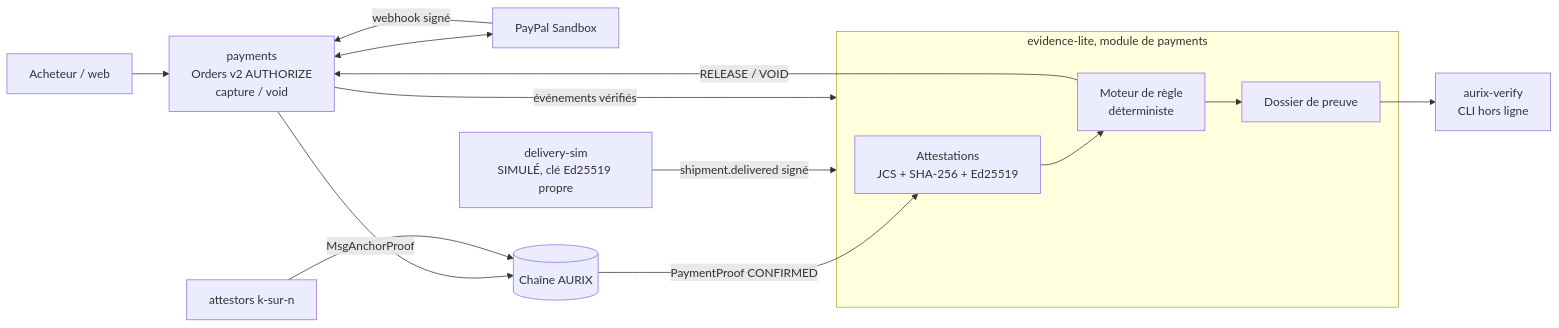
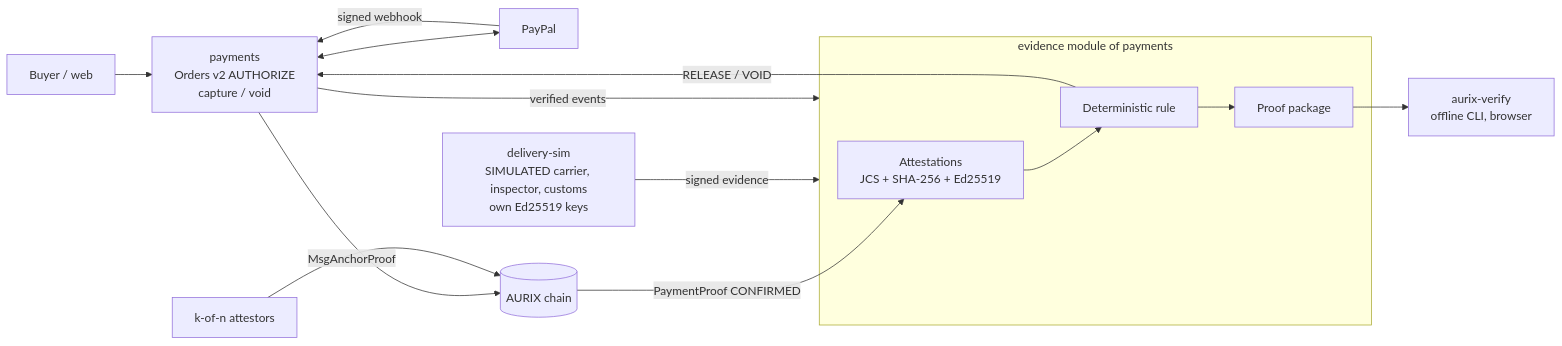
Before and after one commit to joeylukoji/Aurix: the diagram in docs/architecture/evidence-escrow.md, drawn with Mermaid. The commit also changed other lines of this file and 65 other files, not shown here.

````diff
--- a/docs/architecture/evidence-escrow.md
+++ b/docs/architecture/evidence-escrow.md
@@ -59,19 +56,19 @@
 ```mermaid
 flowchart LR
-    B[Acheteur / web] --> PAY[payments<br/>Orders v2 AUTHORIZE<br/>capture / void]
-    PP[PayPal Sandbox] -- webhook signé --> PAY
+    B[Buyer / web] --> PAY[payments<br/>Orders v2 AUTHORIZE<br/>capture / void]
+    PP[PayPal] -- signed webhook --> PAY
     PAY <--> PP
-    DEL[delivery-sim<br/>SIMULÉ, clé Ed25519 propre] -- shipment.delivered signé --> EVL
-    PAY -- événements vérifiés --> EVL
-    subgraph EVL[evidence-lite, module de payments]
+    SRC[delivery-sim<br/>SIMULATED carrier, inspector, customs<br/>own Ed25519 keys] -- signed evidence --> EV
+    PAY -- verified events --> EV
+    subgraph EV[evidence module of payments]
       ATT[Attestations<br/>JCS + SHA-256 + Ed25519]
-      RULE[Moteur de règle<br/>déterministe]
-      PKG[Dossier de preuve]
+      RULE[Deterministic rule]
+      PKG[Proof package]
       ATT --> RULE --> PKG
     end
     RULE -- RELEASE / VOID --> PAY
-    PAY -- MsgAnchorProof --> CHAIN[(Chaîne AURIX)]
-    ATTS[attestors k-sur-n] --> CHAIN
+    PAY -- MsgAnchorProof --> CHAIN[(AURIX chain)]
+    ATTS[k-of-n attestors] --> CHAIN
     CHAIN -- PaymentProof CONFIRMED --> ATT
-    PKG --> VER[aurix-verify<br/>CLI hors ligne]
+    PKG --> VER[aurix-verify<br/>offline CLI, browser]
 ```
````
